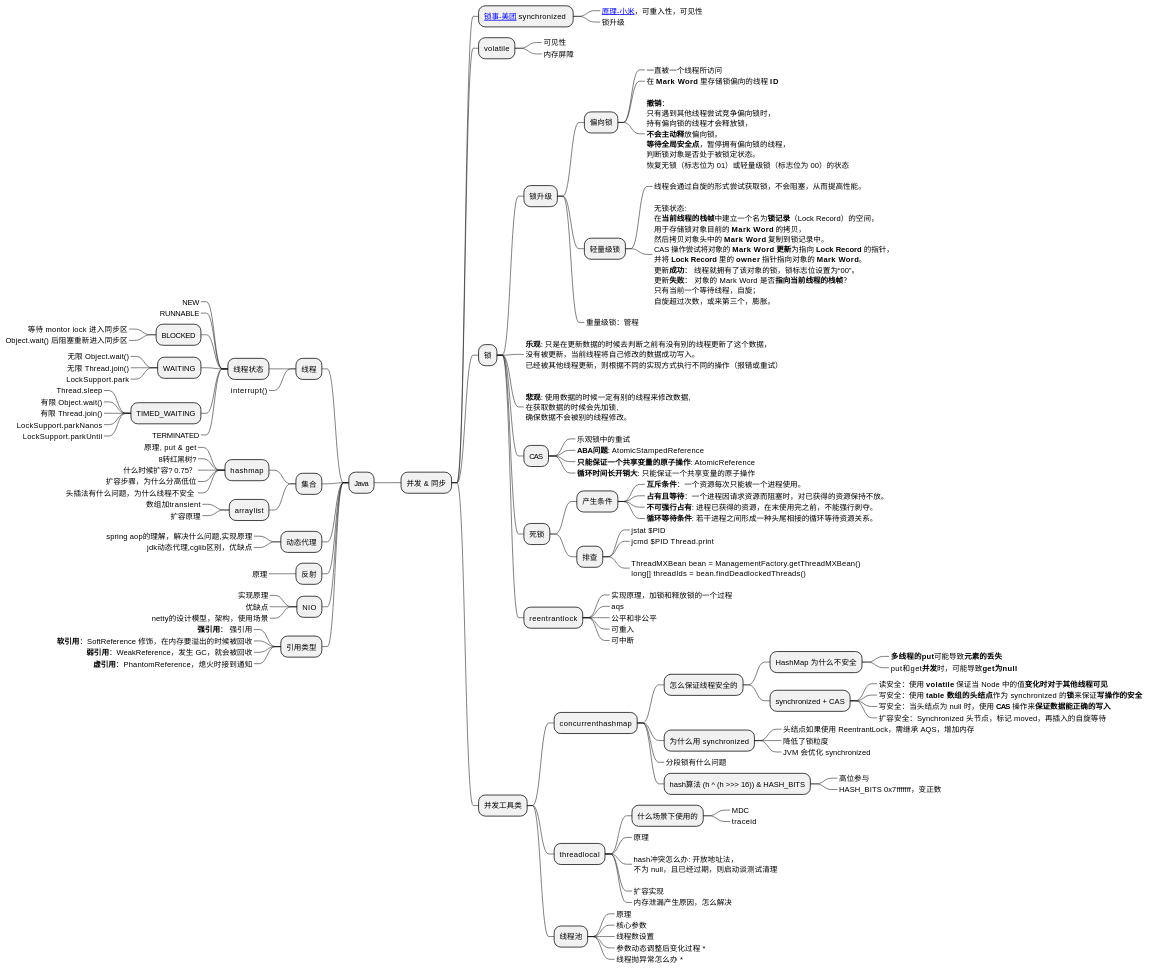
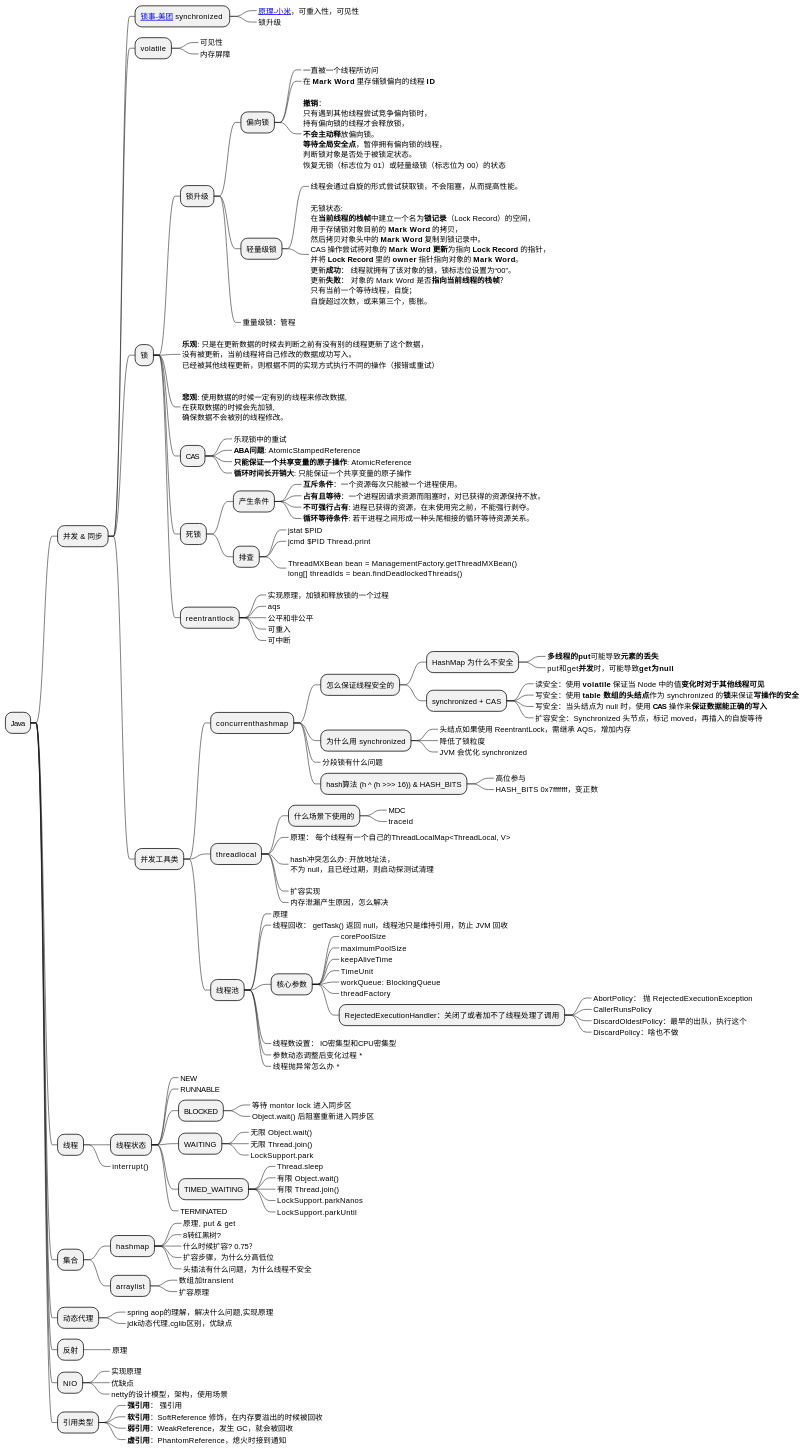
One commit to Gh0st99/Gh0st99.github.io changed the first of 11 diagrams in _posts/2021-05-27-查漏补缺.md. Above: the diagram before and after it, drawn with PlantUML. The commit also changed 3 other files, not shown here.

```diff
--- a/_posts/2021-05-27-查漏补缺.md
+++ b/_posts/2021-05-27-查漏补缺.md
@@ -113,22 +113,31 @@
 ***** 什么场景下使用的
 ******_ MDC
 ******_ traceid
-*****_ 原理
+*****_ 原理： 每个线程有一个自己的ThreadLocalMap<ThreadLocal, V>
 *****_: 
 hash冲突怎么办: 开放地址法，
-不为 null，且已经过期，则启动谈测试清理
+不为 null，且已经过期，则启动探测试清理
 ;
 *****_ 扩容实现
 *****_ 内存泄漏产生原因，怎么解决
 **** 线程池
 *****_ 原理
-*****_ 核心参数
-*****_ 线程数设置
+*****_ 线程回收： getTask() 返回 null，线程池只是维持引用，防止 JVM 回收
+***** 核心参数
+******_ corePoolSize
+******_ maximumPoolSize
+******_ keepAliveTime
+******_ TimeUnit
+******_ workQueue: BlockingQueue
+******_ threadFactory
+****** RejectedExecutionHandler：关闭了或者加不了线程处理了调用
+*******_ AbortPolicy： 抛 RejectedExecutionException
+*******_ CallerRunsPolicy
+*******_ DiscardOldestPolicy：最早的出队，执行这个
+*******_ DiscardPolicy：啥也不做
+*****_ 线程数设置： IO密集型和CPU密集型
 *****_ 参数动态调整后变化过程 *
 *****_ 线程抛异常怎么办 *
-
-
-left side
 
 ** 线程
 *** 线程状态
```
